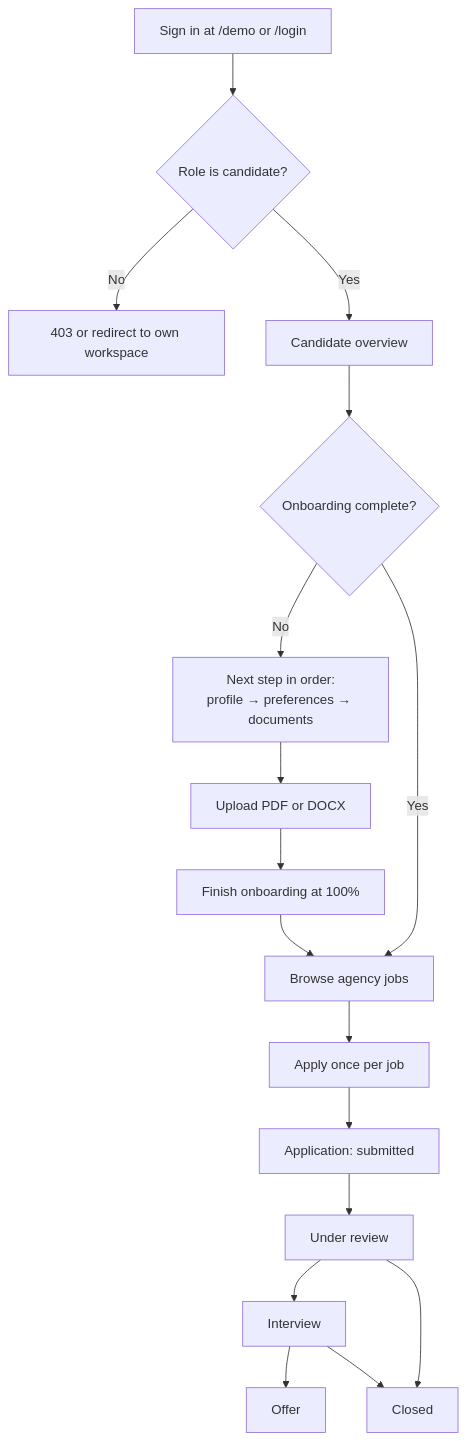
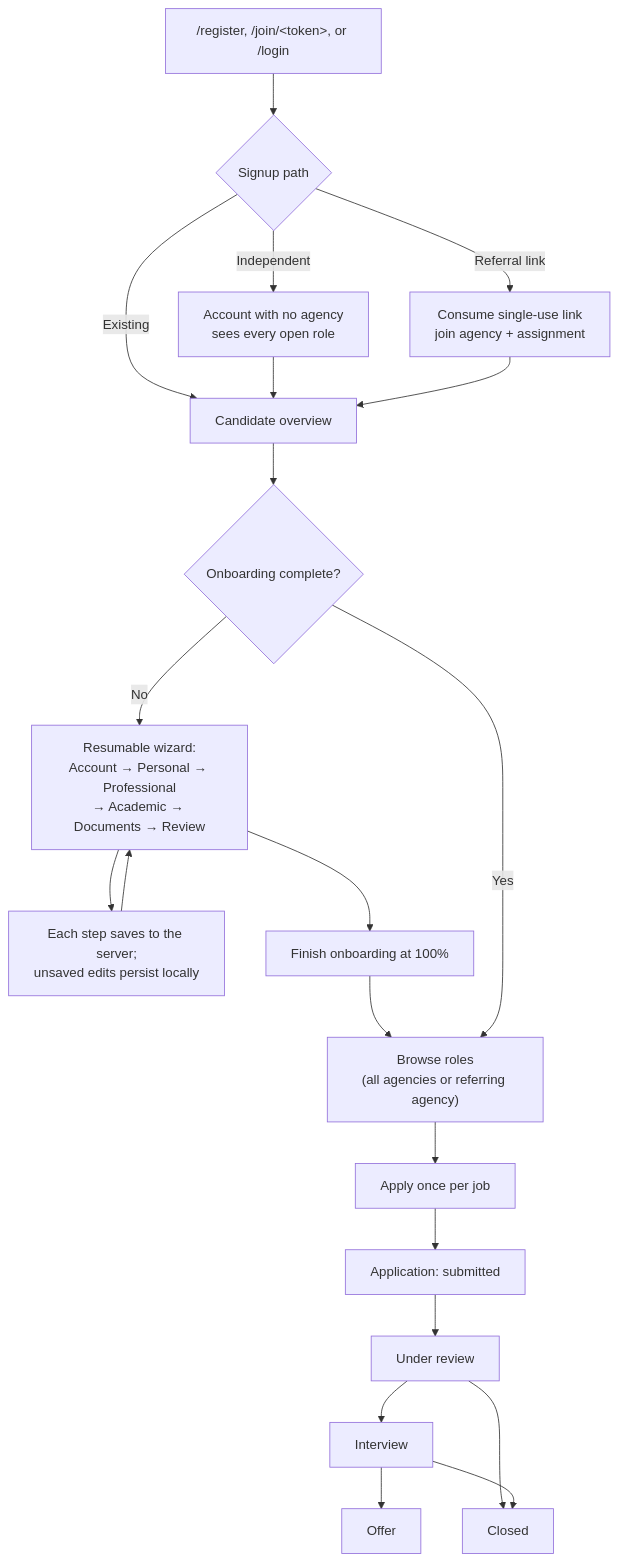
Before and after one commit to Codewith-ARK/job-finder-backend: the third of 9 diagrams in docs/FLOWS.md, drawn with Mermaid. The commit also changed other lines of this file and 8 other files, not shown here.

````diff
--- a/docs/FLOWS.md
+++ b/docs/FLOWS.md
@@ -51,19 +51,23 @@
 ```mermaid
 flowchart TD
-  start["Sign in at /demo or /login"] --> role{"Role is candidate?"}
-  role -- "No" --> deny["403 or redirect to own workspace"]
-  role -- "Yes" --> home["Candidate overview"]
+  start["/register, /join/&lt;token&gt;, or /login"] --> kind{"Signup path"}
+  kind -- "Independent" --> noagency["Account with no agency<br/>sees every open role"]
+  kind -- "Referral link" --> referred["Consume single-use link<br/>join agency + assignment"]
+  kind -- "Existing" --> home["Candidate overview"]
+  noagency --> home
+  referred --> home
   home --> done{"Onboarding complete?"}
-  done -- "No" --> steps["Next step in order:<br/>profile → preferences → documents"]
-  steps --> upload["Upload PDF or DOCX"]
-  upload --> finish["Finish onboarding at 100%"]
-  finish --> jobs["Browse agency jobs"]
+  done -- "No" --> steps["Resumable wizard:<br/>Account → Personal → Professional<br/>→ Academic → Documents → Review"]
+  steps --> save["Each step saves to the server;<br/>unsaved edits persist locally"]
+  save --> steps
+  steps --> finish["Finish onboarding at 100%"]
+  finish --> jobs["Browse roles<br/>(all agencies or referring agency)"]
   done -- "Yes" --> jobs
   jobs --> apply["Apply once per job"]
   apply --> submitted["Application: submitted"]
   submitted --> review["Under review"]
   review --> interview["Interview"]
   interview --> offer["Offer"]
   review --> closed["Closed"]
   interview --> closed
 ```
````
